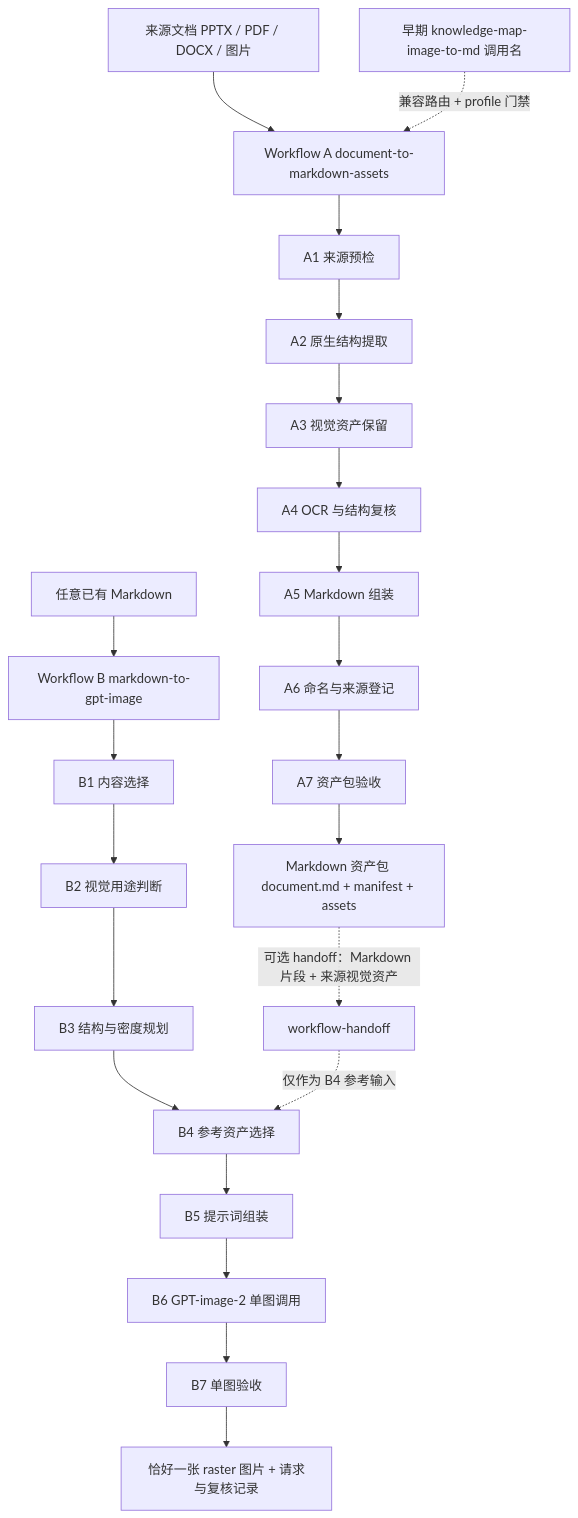
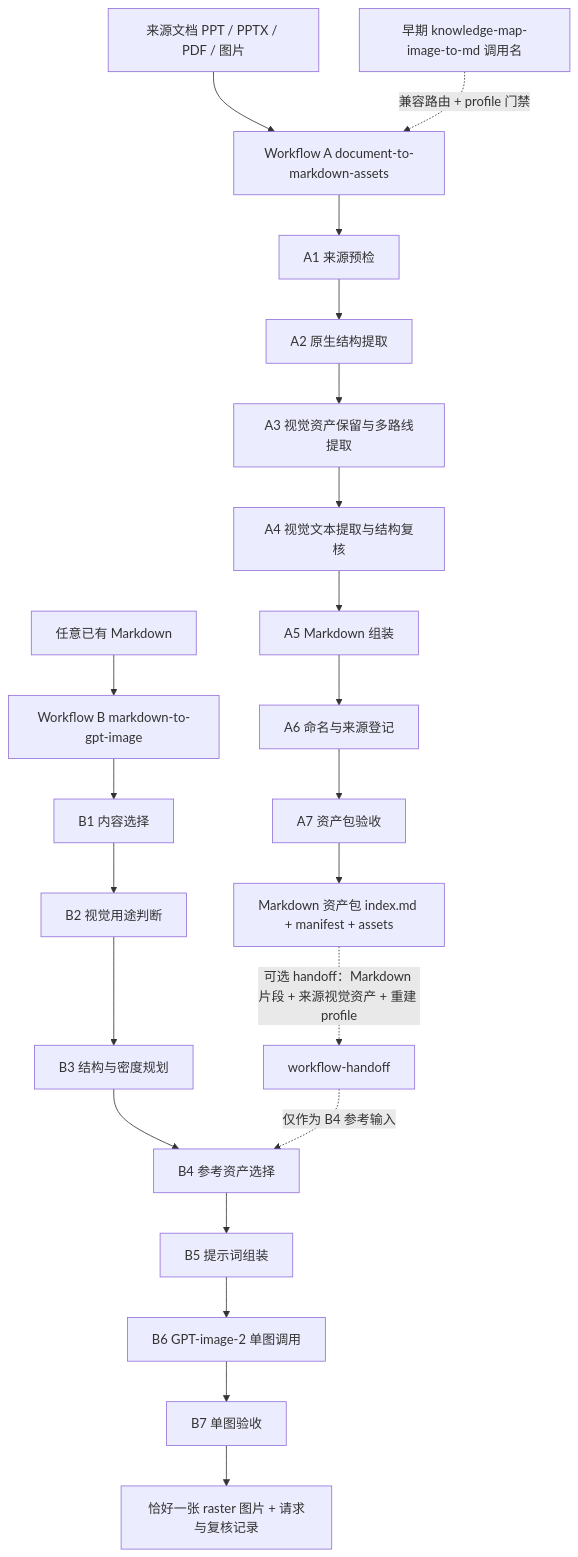
Before and after one commit to shopable-ai/document-to-markdown-workflow: the third of 4 diagrams in WORKFLOW-MAP.zh.md, drawn with Mermaid. The commit also changed other lines of this file and 132 other files, not shown here.

````diff
--- a/WORKFLOW-MAP.zh.md
+++ b/WORKFLOW-MAP.zh.md
@@ -88,26 +129,26 @@
 ```mermaid
 flowchart TD
-    S["来源文档 PPTX / PDF / DOCX / 图片"] --> A0["Workflow A document-to-markdown-assets"]
+    S["来源文档 PPT / PPTX / PDF / 图片"] --> A0["Workflow A document-to-markdown-assets"]
     K["早期 knowledge-map-image-to-md 调用名"] -. "兼容路由 + profile 门禁" .-> A0
     A0 --> A1["A1 来源预检"]
     A1 --> A2["A2 原生结构提取"]
-    A2 --> A3["A3 视觉资产保留"]
-    A3 --> A4["A4 OCR 与结构复核"]
+    A2 --> A3["A3 视觉资产保留与多路线提取"]
+    A3 --> A4["A4 视觉文本提取与结构复核"]
     A4 --> A5["A5 Markdown 组装"]
     A5 --> A6["A6 命名与来源登记"]
     A6 --> A7["A7 资产包验收"]
-    A7 --> P["Markdown 资产包 document.md + manifest + assets"]
+    A7 --> P["Markdown 资产包 index.md + manifest + assets"]
 
     M["任意已有 Markdown"] --> B0["Workflow B markdown-to-gpt-image"]
     B0 --> B1["B1 内容选择"]
     B1 --> B2["B2 视觉用途判断"]
     B2 --> B3["B3 结构与密度规划"]
     B3 --> B4["B4 参考资产选择"]
     B4 --> B5["B5 提示词组装"]
     B5 --> B6["B6 GPT-image-2 单图调用"]
     B6 --> B7["B7 单图验收"]
     B7 --> I["恰好一张 raster 图片 + 请求与复核记录"]
 
-    P -. "可选 handoff：Markdown 片段 + 来源视觉资产" .-> H["workflow-handoff"]
+    P -. "可选 handoff：Markdown 片段 + 来源视觉资产 + 重建 profile" .-> H["workflow-handoff"]
     H -. "仅作为 B4 参考输入" .-> B4
 ```
````
